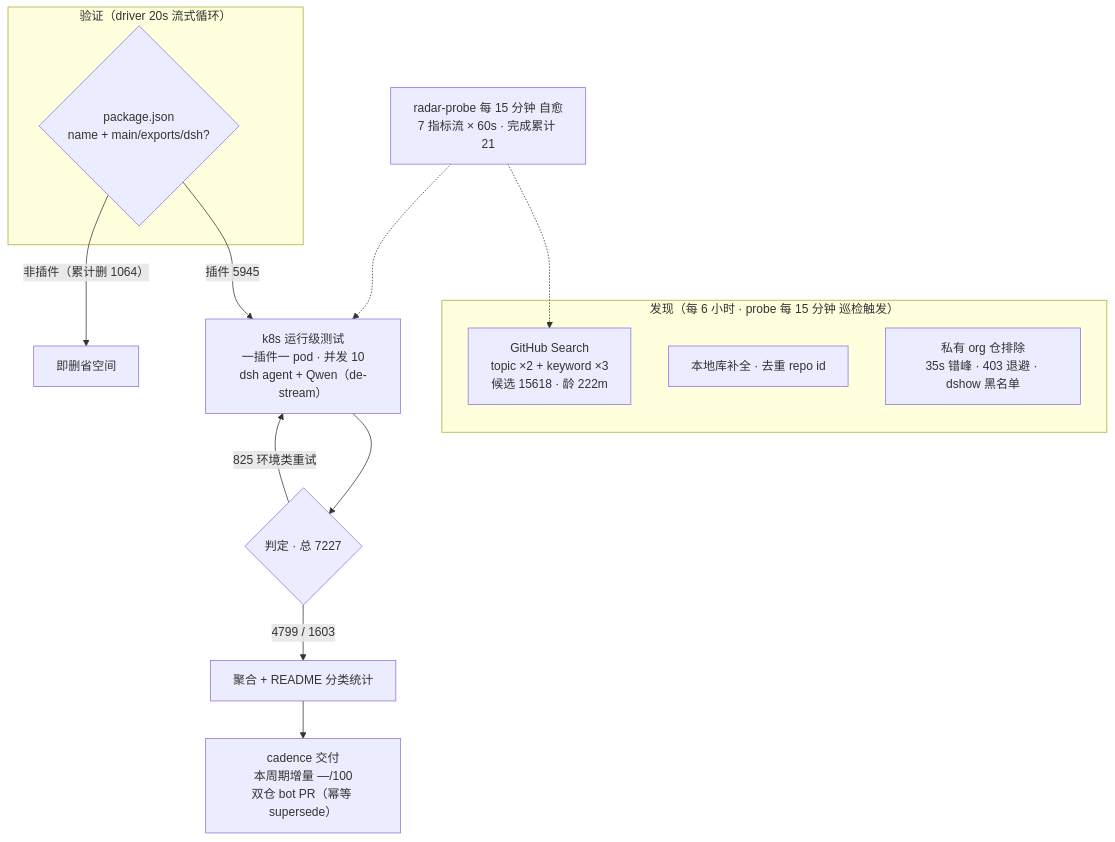
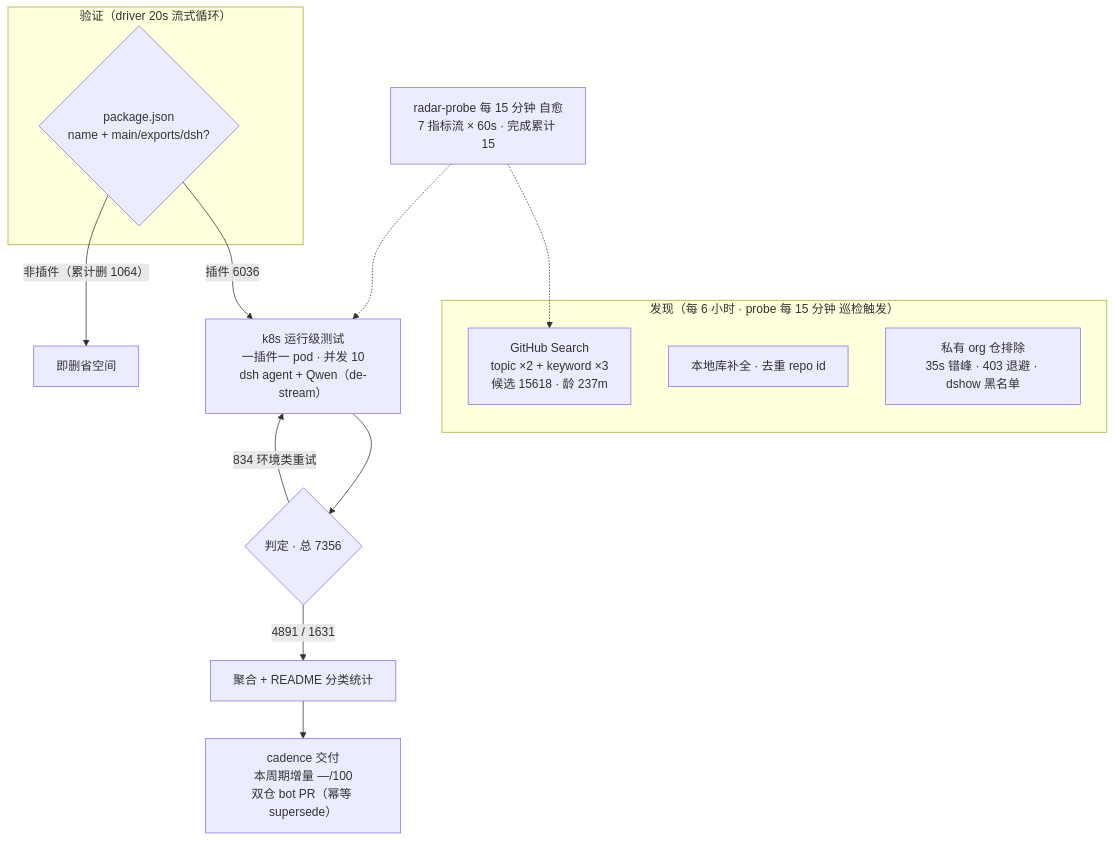
The diagram in README.md (Zhidao-Lab-OSS/awesome-dsh-plugins), drawn with Mermaid before and after one commit. The commit also changed other lines of this file and 1 other file, not shown here.

````diff
--- a/README.md
+++ b/README.md
@@ -37,20 +37,20 @@
 ```mermaid
 flowchart TB
     subgraph Discovery["发现（每 6 小时 · probe 每 15 分钟 巡检触发）"]
-        A1["GitHub Search<br/>topic ×2 + keyword ×3<br/>候选 15618 · 龄 222m"]
+        A1["GitHub Search<br/>topic ×2 + keyword ×3<br/>候选 15618 · 龄 237m"]
         A2["本地库补全 · 去重 repo id"]
         A3["私有 org 仓排除<br/>35s 错峰 · 403 退避 · dshow 黑名单"]
     end
     subgraph Validation["验证（driver 20s 流式循环）"]
         B1{"package.json<br/>name + main/exports/dsh?"}
     end
-    B1 -->|"插件 5945"| C1["k8s 运行级测试<br/>一插件一 pod · 并发 10<br/>dsh agent + Qwen（de-stream）"]
+    B1 -->|"插件 6036"| C1["k8s 运行级测试<br/>一插件一 pod · 并发 10<br/>dsh agent + Qwen（de-stream）"]
     B1 -->|"非插件（累计删 1064）"| B3["即删省空间"]
-    C1 --> D1{"判定 · 总 7227"}
-    D1 -->|"4799 / 1603"| E1["聚合 + README 分类统计"]
-    D1 -->|"825 环境类重试"| C1
+    C1 --> D1{"判定 · 总 7356"}
+    D1 -->|"4891 / 1631"| E1["聚合 + README 分类统计"]
+    D1 -->|"834 环境类重试"| C1
     E1 --> E2["cadence 交付<br/>本周期增量 —/100<br/>双仓 bot PR（幂等 supersede）"]
-    M["radar-probe 每 15 分钟 自愈<br/>7 指标流 × 60s · 完成累计 21"]
+    M["radar-probe 每 15 分钟 自愈<br/>7 指标流 × 60s · 完成累计 15"]
     M -.-> A1
     M -.-> C1
 ```
````
